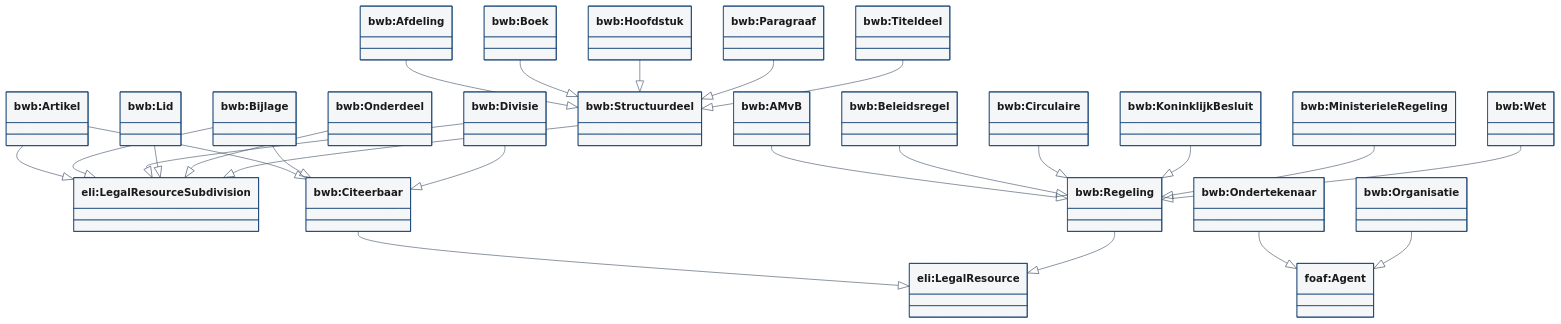
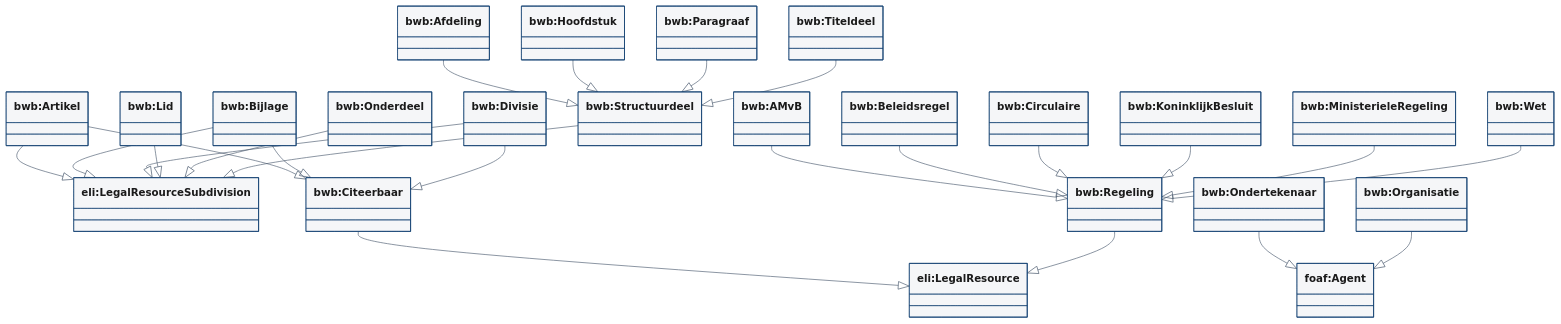
One commit to palmw01/wetsanalyse-ai changed the second of 6 diagrams in docs/ontologie/README.md. Above: the diagram before and after it, drawn with Mermaid. The commit also changed other lines of this file and 15 other files, not shown here.

````diff
--- a/docs/ontologie/README.md
+++ b/docs/ontologie/README.md
@@ -68,53 +68,51 @@
 ```mermaid
 %%{init: {"theme": "base", "themeVariables": {"primaryColor": "#F5F6F8", "primaryBorderColor": "#154273", "primaryTextColor": "#1A1A1A", "lineColor": "#4A5A6E", "secondaryColor": "#EDF0F4", "tertiaryColor": "#FFFFFF"}}}%%
 classDiagram
   direction BT
   class eli_LegalResource["eli:LegalResource"]
   class eli_LegalResourceSubdivision["eli:LegalResourceSubdivision"]
   class foaf_Agent["foaf:Agent"]
   class bwb_AMvB["bwb:AMvB"]
   class bwb_Afdeling["bwb:Afdeling"]
   class bwb_Artikel["bwb:Artikel"]
   class bwb_Beleidsregel["bwb:Beleidsregel"]
   class bwb_Bijlage["bwb:Bijlage"]
-  class bwb_Boek["bwb:Boek"]
   class bwb_Circulaire["bwb:Circulaire"]
   class bwb_Citeerbaar["bwb:Citeerbaar"]
   class bwb_Divisie["bwb:Divisie"]
   class bwb_Hoofdstuk["bwb:Hoofdstuk"]
   class bwb_KoninklijkBesluit["bwb:KoninklijkBesluit"]
   class bwb_Lid["bwb:Lid"]
   class bwb_MinisterieleRegeling["bwb:MinisterieleRegeling"]
   class bwb_Onderdeel["bwb:Onderdeel"]
   class bwb_Ondertekenaar["bwb:Ondertekenaar"]
   class bwb_Organisatie["bwb:Organisatie"]
   class bwb_Paragraaf["bwb:Paragraaf"]
   class bwb_Regeling["bwb:Regeling"]
   class bwb_Structuurdeel["bwb:Structuurdeel"]
   class bwb_Titeldeel["bwb:Titeldeel"]
   class bwb_Wet["bwb:Wet"]
   bwb_Regeling <|-- bwb_AMvB
   bwb_Structuurdeel <|-- bwb_Afdeling
   eli_LegalResourceSubdivision <|-- bwb_Artikel
   bwb_Citeerbaar <|-- bwb_Artikel
   bwb_Regeling <|-- bwb_Beleidsregel
   eli_LegalResourceSubdivision <|-- bwb_Bijlage
   bwb_Citeerbaar <|-- bwb_Bijlage
-  bwb_Structuurdeel <|-- bwb_Boek
   bwb_Regeling <|-- bwb_Circulaire
   eli_LegalResource <|-- bwb_Citeerbaar
   eli_LegalResourceSubdivision <|-- bwb_Divisie
   bwb_Citeerbaar <|-- bwb_Divisie
   bwb_Structuurdeel <|-- bwb_Hoofdstuk
   bwb_Regeling <|-- bwb_KoninklijkBesluit
   eli_LegalResourceSubdivision <|-- bwb_Lid
   bwb_Regeling <|-- bwb_MinisterieleRegeling
   eli_LegalResourceSubdivision <|-- bwb_Onderdeel
   foaf_Agent <|-- bwb_Ondertekenaar
   foaf_Agent <|-- bwb_Organisatie
   bwb_Structuurdeel <|-- bwb_Paragraaf
   eli_LegalResource <|-- bwb_Regeling
   eli_LegalResourceSubdivision <|-- bwb_Structuurdeel
   bwb_Structuurdeel <|-- bwb_Titeldeel
   bwb_Regeling <|-- bwb_Wet
 ```
````
